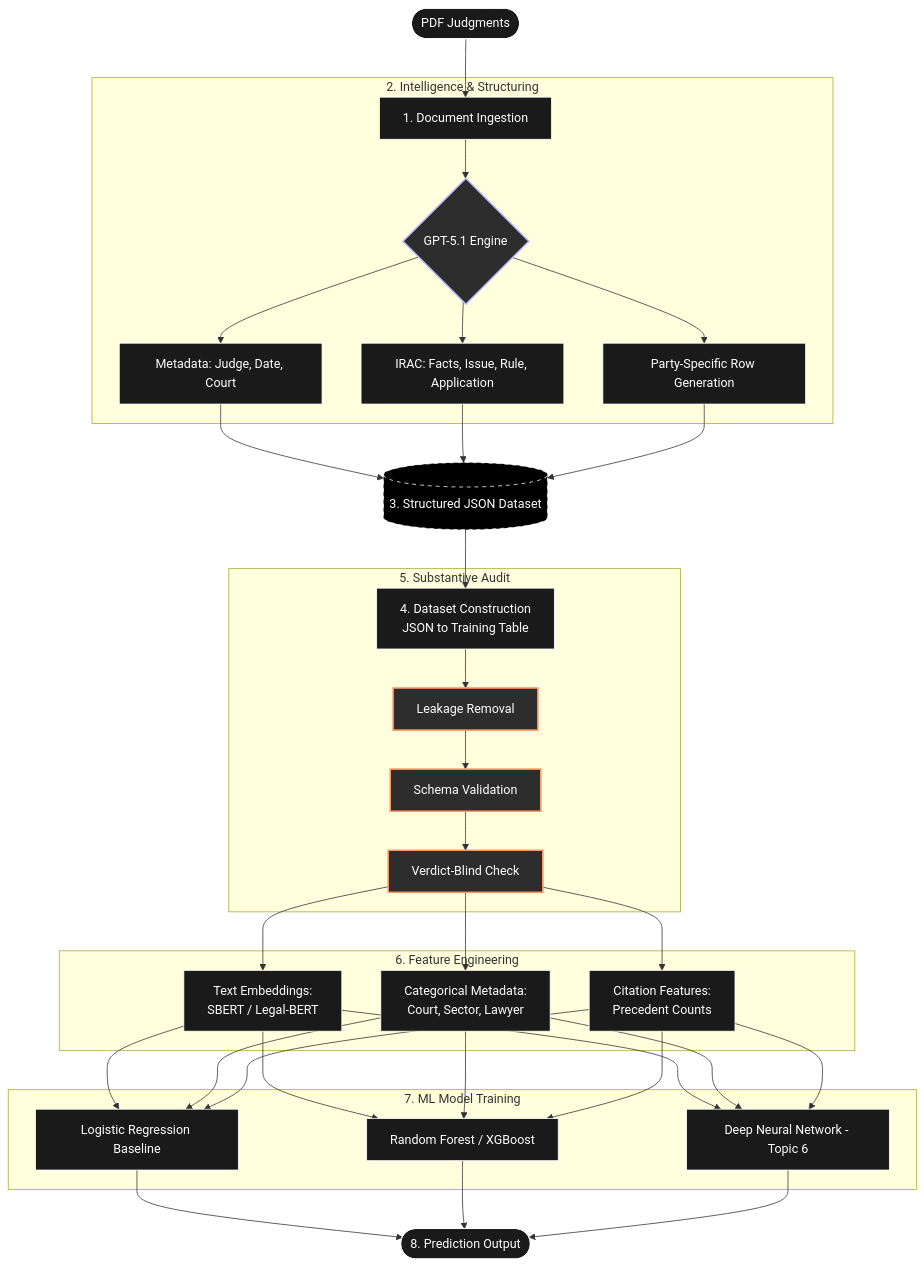
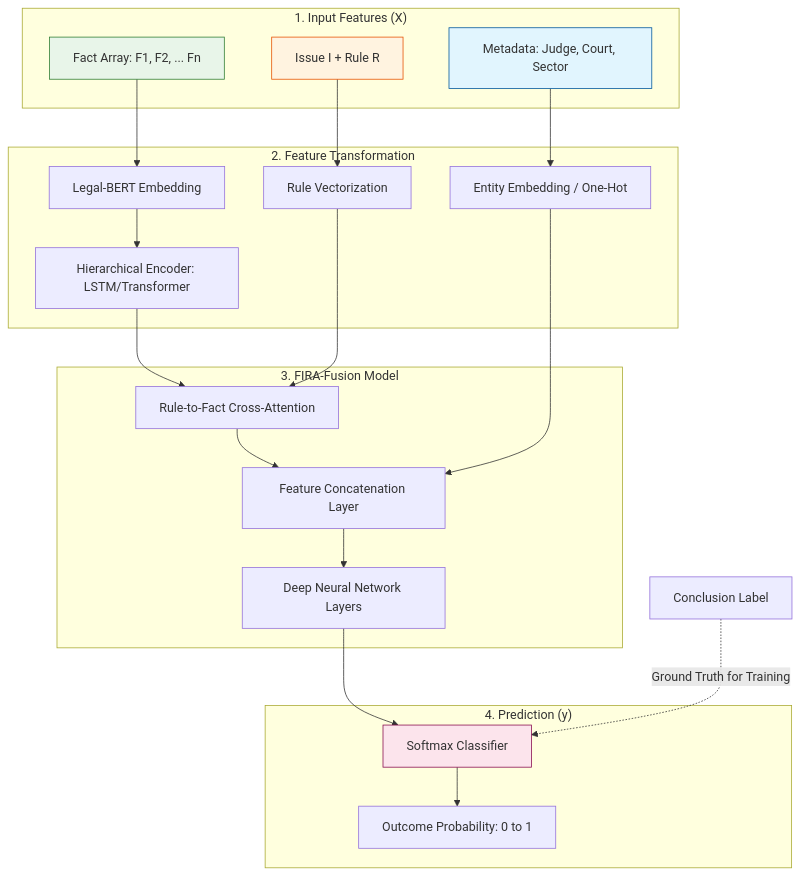
Before and after one commit to yhc12344/BT4222: the diagram in README.md, drawn with Mermaid.

````diff
--- a/README.md
+++ b/README.md
@@ -9,54 +9,35 @@
 ```mermaid
 graph TD
-    %% Global Styling
-    classDef default fill:#1a1a1a,stroke:#fff,stroke-width:1px,color:#fff;
-    classDef highlight fill:#2d2d2d,stroke:#f96,stroke-width:2px,color:#fff;
-    classDef storage fill:#000,stroke:#fff,stroke-dasharray: 5 5;
-    classDef intelligence fill:#2d2d2d,stroke:#bbf,stroke-width:2px,color:#fff;
-
-    %% 1. Acquisition
-    A([PDF Judgments]) --> B[1. Document Ingestion]
-
-    %% 2. Intelligence
-    subgraph Intelligence_Layer [2. Intelligence & Structuring]
-        B --> C{GPT-5.1 Engine}
-        C --> C1[Metadata: Judge, Date, Court]
-        C --> C2[IRAC: Facts, Issue, Rule, Application]
-        C --> C3[Party-Specific Row Generation]
+    subgraph "1. Input Features (X)"
+    Meta[Metadata: Judge, Court, Sector]
+    Facts[Fact Array: F1, F2, ... Fn]
+    IssueRule[Issue I + Rule R]
     end
 
-    %% 3. Storage
-    C1 & C2 & C3 --> D[(3. Structured JSON Dataset)]
-
-    %% 4. Tabular Construction
-    D --> E[4. Dataset Construction <br/>JSON to Training Table]
-
-    %% 5. Audit Layer
-    subgraph Validation_Layer [5. Substantive Audit]
-        E --> F[Leakage Removal]
-        F --> F1[Schema Validation]
-        F1 --> F2[Verdict-Blind Check]
+    subgraph "2. Feature Transformation"
+    Meta --> Meta_Emb[Entity Embedding / One-Hot]
+    Facts --> Fact_Emb[Legal-BERT Embedding]
+    Fact_Emb --> Fact_Seq[Hierarchical Encoder: LSTM/Transformer]
+    IssueRule --> IR_Emb[Rule Vectorization]
     end
 
-    %% 6. Feature Engineering
-    subgraph Feature_Layer [6. Feature Engineering]
-        F2 --> G1[Text Embeddings: <br/>SBERT / Legal-BERT]
-        F2 --> G2[Categorical Metadata: <br/>Court, Sector, Lawyer]
-        F2 --> G3[Citation Features: <br/>Precedent Counts]
+    subgraph "3. FIRA-Fusion Model"
+    Fact_Seq --> CrossAttn[Rule-to-Fact Cross-Attention]
+    IR_Emb --> CrossAttn
+    CrossAttn --> Concat[Feature Concatenation Layer]
+    Meta_Emb --> Concat
+    Concat --> Dense[Deep Neural Network Layers]
     end
 
-    %% 7. Modeling
-    subgraph Model_Suite [7. ML Model Training]
-        G1 & G2 & G3 --> H1[Logistic Regression Baseline]
-        G1 & G2 & G3 --> H2[Random Forest / XGBoost]
-        G1 & G2 & G3 --> H3[Deep Neural Network - Topic 6]
+    subgraph "4. Prediction (y)"
+    Dense --> Softmax[Softmax Classifier]
+    Softmax --> Out[Outcome Probability: 0 to 1]
     end
 
-    %% 8. Output
-    H1 & H2 & H3 --> I([8. Prediction Output])
+    F_Label[Conclusion Label] -.->|Ground Truth for Training| Softmax
 
-    %% Node Assignments
-    class C intelligence;
-    class F,F1,F2 highlight;
-    class D storage;
+    style Meta fill:#e1f5fe,stroke:#01579b
+    style Facts fill:#e8f5e9,stroke:#2e7d32
+    style IssueRule fill:#fff3e0,stroke:#e65100
+    style Softmax fill:#fce4ec,stroke:#880e4f
 ```
````
